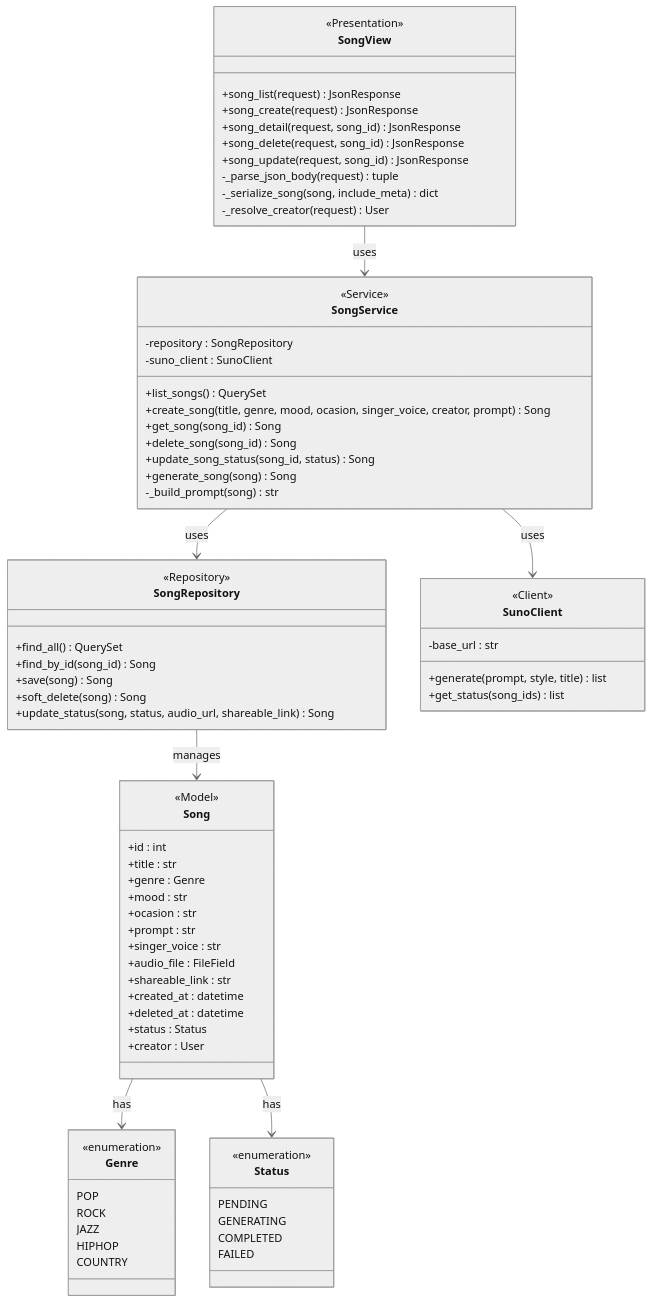
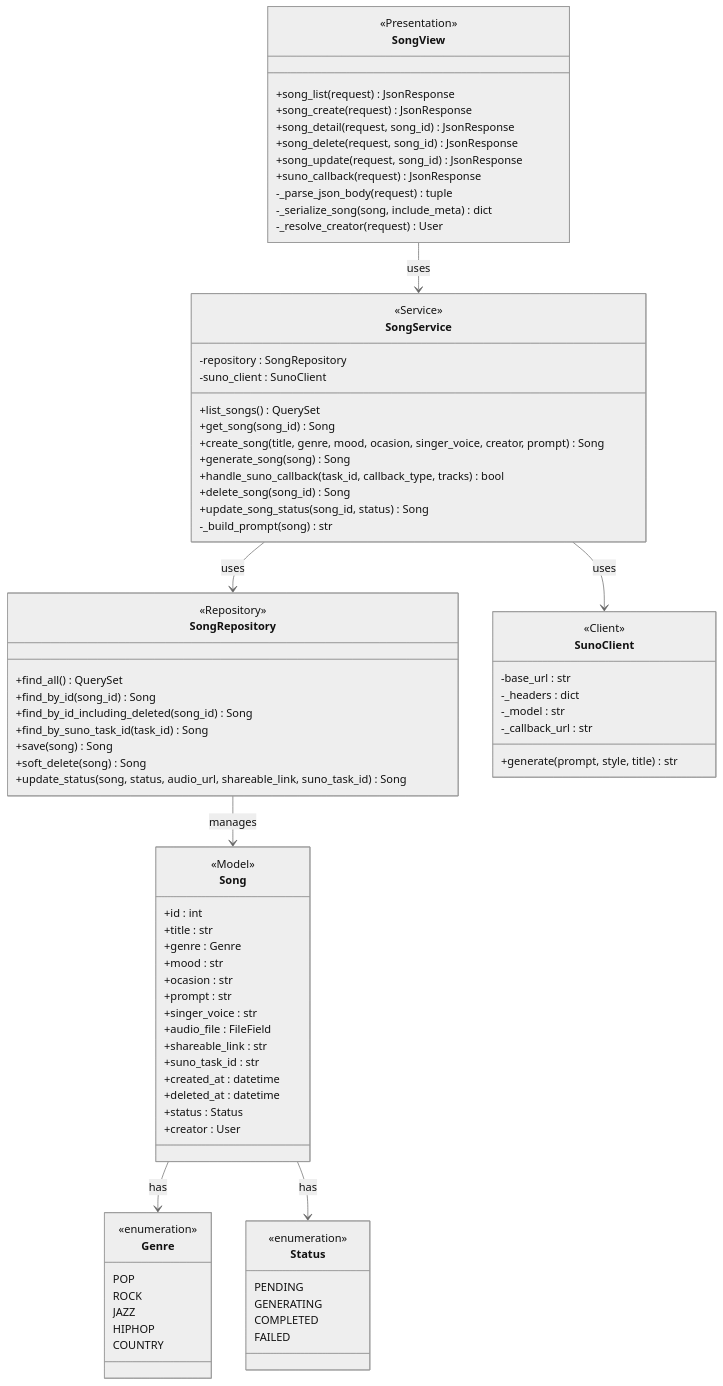
Before and after one commit to ParanyuLion/Cithara: the diagram in docs/class_diagram.md, drawn with Mermaid (neutral theme). The commit also changed 1 other file, not shown here.

Commit message:
doc: update diagram

````diff
--- a/docs/class_diagram.md
+++ b/docs/class_diagram.md
@@ -10,6 +10,7 @@
         +song_detail(request, song_id) JsonResponse
         +song_delete(request, song_id) JsonResponse
         +song_update(request, song_id) JsonResponse
+        +suno_callback(request) JsonResponse
         -_parse_json_body(request) tuple
         -_serialize_song(song, include_meta) dict
         -_resolve_creator(request) User
@@ -21,11 +22,12 @@
         -repository : SongRepository
         -suno_client : SunoClient
         +list_songs() QuerySet
+        +get_song(song_id) Song
         +create_song(title, genre, mood, ocasion, singer_voice, creator, prompt) Song
-        +get_song(song_id) Song
+        +generate_song(song) Song
+        +handle_suno_callback(task_id, callback_type, tracks) bool
         +delete_song(song_id) Song
         +update_song_status(song_id, status) Song
-        +generate_song(song) Song
         -_build_prompt(song) str
     }
 
@@ -34,17 +36,21 @@
         <<Repository>>
         +find_all() QuerySet
         +find_by_id(song_id) Song
+        +find_by_id_including_deleted(song_id) Song
+        +find_by_suno_task_id(task_id) Song
         +save(song) Song
         +soft_delete(song) Song
-        +update_status(song, status, audio_url, shareable_link) Song
+        +update_status(song, status, audio_url, shareable_link, suno_task_id) Song
     }
 
     %% ── Client Layer ────────────────────────────────────────────────────────
     class SunoClient {
         <<Client>>
         -base_url : str
-        +generate(prompt, style, title) list
-        +get_status(song_ids) list
+        -_headers : dict
+        -_model : str
+        -_callback_url : str
+        +generate(prompt, style, title) str
     }
 
     %% ── Domain Layer ────────────────────────────────────────────────────────
@@ -59,6 +65,7 @@
         +singer_voice : str
         +audio_file : FileField
         +shareable_link : str
+        +suno_task_id : str
         +created_at : datetime
         +deleted_at : datetime
         +status : Status
@@ -83,10 +90,10 @@
     }
 
     %% ── Relationships ───────────────────────────────────────────────────────
-    SongView     --> SongService    : uses
-    SongService  --> SongRepository : uses
-    SongService  --> SunoClient     : uses
-    SongRepository --> Song         : manages
-    Song         --> Genre          : has
-    Song         --> Status         : has
+    SongView       --> SongService    : uses
+    SongService    --> SongRepository : uses
+    SongService    --> SunoClient     : uses
+    SongRepository --> Song           : manages
+    Song           --> Genre          : has
+    Song           --> Status         : has
 ```
````
